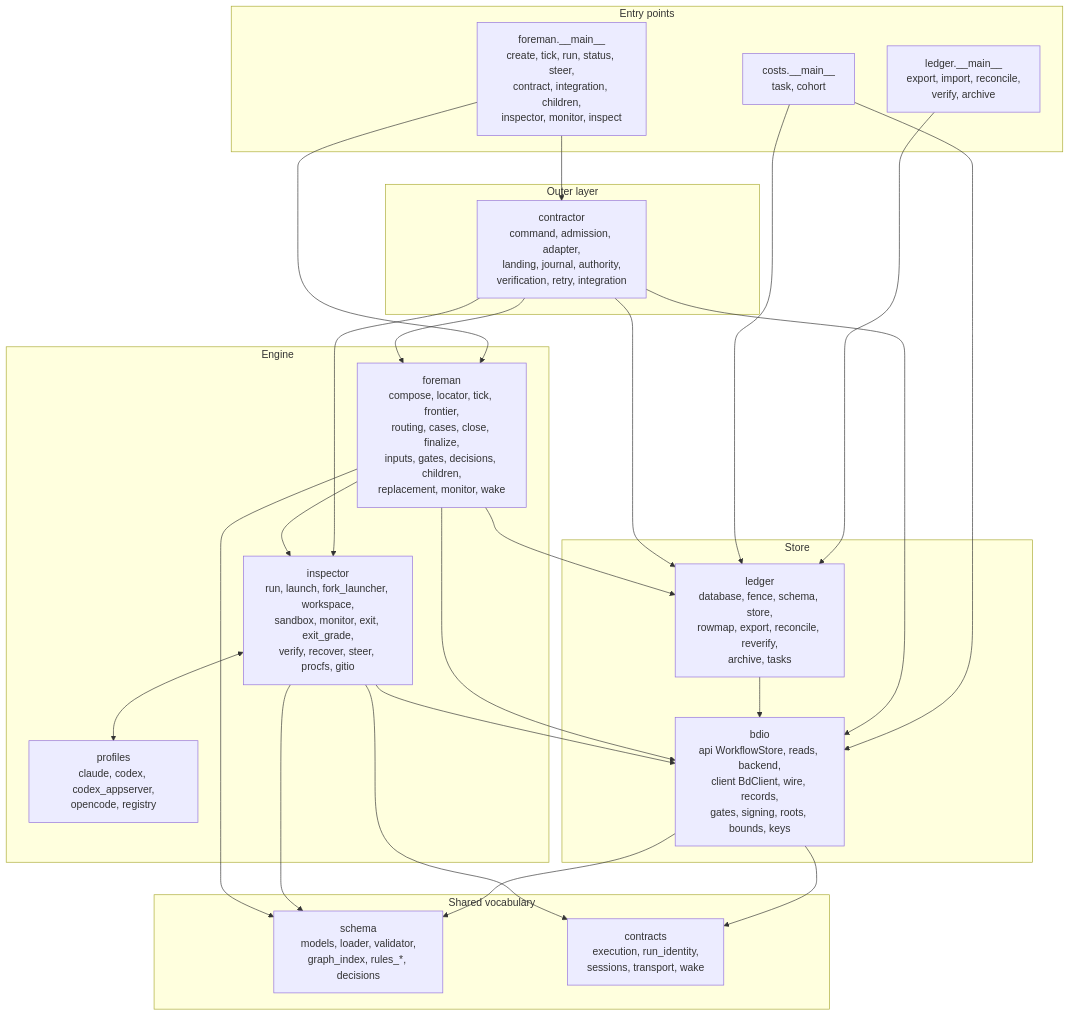
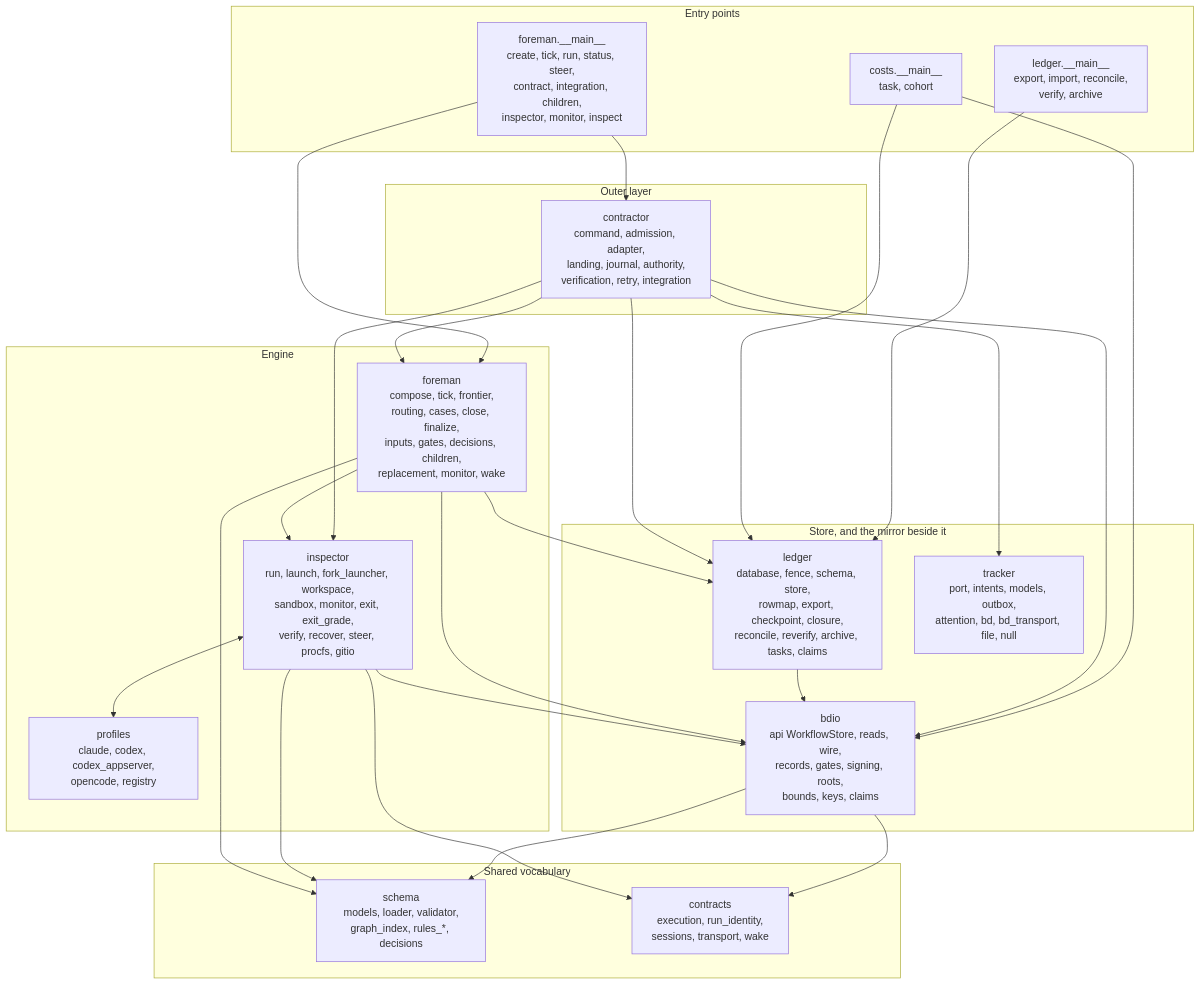
Before and after one commit to MVPavan/coding-ritual: the fourth of 45 diagrams in docs/workflow-interpreter-guide/diagrams.md, drawn with Mermaid. The commit also changed other lines of this file and 7 other files, not shown here.

First line of the commit message:
docs(store-restructure): close the epic out — the docs tell the truth

````diff
--- a/docs/workflow-interpreter-guide/diagrams.md
+++ b/docs/workflow-interpreter-guide/diagrams.md
@@ -193,44 +195,46 @@
 ```mermaid
 flowchart TB
   subgraph ENTRY["Entry points"]
     FMAIN["foreman.__main__<br/>create, tick, run, status, steer,<br/>contract, integration, children,<br/>inspector, monitor, inspect"]
     LMAIN["ledger.__main__<br/>export, import, reconcile,<br/>verify, archive"]
     CMAIN["costs.__main__<br/>task, cohort"]
   end
   subgraph OUTER["Outer layer"]
     CONTRACTOR["contractor<br/>command, admission, adapter,<br/>landing, journal, authority,<br/>verification, retry, integration"]
   end
   subgraph ENGINE["Engine"]
-    FOREMAN["foreman<br/>compose, locator, tick, frontier,<br/>routing, cases, close, finalize,<br/>inputs, gates, decisions, children,<br/>replacement, monitor, wake"]
+    FOREMAN["foreman<br/>compose, tick, frontier,<br/>routing, cases, close, finalize,<br/>inputs, gates, decisions, children,<br/>replacement, monitor, wake"]
     INSPECTOR["inspector<br/>run, launch, fork_launcher, workspace,<br/>sandbox, monitor, exit, exit_grade,<br/>verify, recover, steer, procfs, gitio"]
     PROFILES["profiles<br/>claude, codex, codex_appserver,<br/>opencode, registry"]
   end
-  subgraph STORE["Store"]
-    BDIO["bdio<br/>api WorkflowStore, reads, backend,<br/>client BdClient, wire, records,<br/>gates, signing, roots, bounds, keys"]
-    LEDGER["ledger<br/>database, fence, schema, store,<br/>rowmap, export, reconcile, reverify,<br/>archive, tasks"]
+  subgraph STORE["Store, and the mirror beside it"]
+    BDIO["bdio<br/>api WorkflowStore, reads, wire,<br/>records, gates, signing, roots,<br/>bounds, keys, claims"]
+    LEDGER["ledger<br/>database, fence, schema, store,<br/>rowmap, export, checkpoint, closure,<br/>reconcile, reverify, archive, tasks, claims"]
+    TRACKER["tracker<br/>port, intents, models, outbox,<br/>attention, bd, bd_transport, file, null"]
   end
   subgraph SHARED["Shared vocabulary"]
     SCHEMA["schema<br/>models, loader, validator,<br/>graph_index, rules_*, decisions"]
     CONTRACTS["contracts<br/>execution, run_identity,<br/>sessions, transport, wake"]
   end
   FMAIN --> CONTRACTOR
   FMAIN --> FOREMAN
   LMAIN --> LEDGER
   CMAIN --> BDIO
   CMAIN --> LEDGER
   CONTRACTOR --> FOREMAN
   CONTRACTOR --> BDIO
   CONTRACTOR --> LEDGER
+  CONTRACTOR --> TRACKER
   CONTRACTOR --> INSPECTOR
   FOREMAN --> INSPECTOR
   FOREMAN --> BDIO
   FOREMAN --> LEDGER
   INSPECTOR <--> PROFILES
   INSPECTOR --> BDIO
   LEDGER --> BDIO
   BDIO --> SCHEMA
   BDIO --> CONTRACTS
   INSPECTOR --> SCHEMA
   INSPECTOR --> CONTRACTS
   FOREMAN --> SCHEMA
 ```
````
